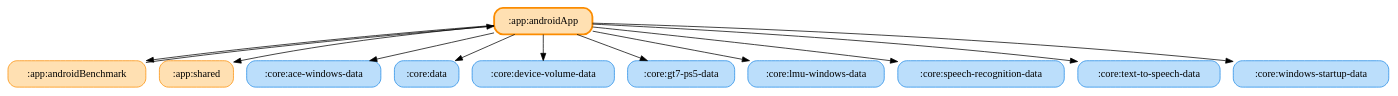
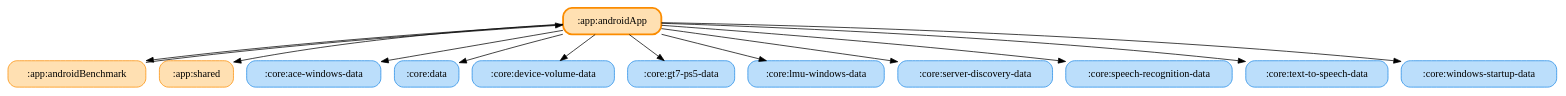
One commit to ai-kurou/KoDriver changed the diagram in docs/graphs/app-androidApp.gv. Above: the diagram before and after it, drawn with Graphviz. The commit also changed 9 other files, not shown here.

Commit message:
chore: update module graph images

```diff
--- a/docs/graphs/app-androidApp.gv
+++ b/docs/graphs/app-androidApp.gv
@@ -1,26 +1,28 @@
 digraph G {
   rankdir=TB
   node [shape=box, style="rounded,filled"]
   ":app:androidApp" [fillcolor="#FFE0B2", color="#FB8C00", penwidth=2.5]
   ":app:androidBenchmark" [fillcolor="#FFE0B2", color="#FB8C00", penwidth=1]
   ":app:shared" [fillcolor="#FFE0B2", color="#FB8C00", penwidth=1]
   ":core:ace-windows-data" [fillcolor="#BBDEFB", color="#1E88E5", penwidth=1]
   ":core:data" [fillcolor="#BBDEFB", color="#1E88E5", penwidth=1]
   ":core:device-volume-data" [fillcolor="#BBDEFB", color="#1E88E5", penwidth=1]
   ":core:gt7-ps5-data" [fillcolor="#BBDEFB", color="#1E88E5", penwidth=1]
   ":core:lmu-windows-data" [fillcolor="#BBDEFB", color="#1E88E5", penwidth=1]
+  ":core:server-discovery-data" [fillcolor="#BBDEFB", color="#1E88E5", penwidth=1]
   ":core:speech-recognition-data" [fillcolor="#BBDEFB", color="#1E88E5", penwidth=1]
   ":core:text-to-speech-data" [fillcolor="#BBDEFB", color="#1E88E5", penwidth=1]
   ":core:windows-startup-data" [fillcolor="#BBDEFB", color="#1E88E5", penwidth=1]
   ":app:androidApp" -> ":app:shared"
   ":app:androidApp" -> ":app:androidBenchmark"
   ":app:androidApp" -> ":core:data"
   ":app:androidApp" -> ":core:ace-windows-data"
   ":app:androidApp" -> ":core:gt7-ps5-data"
   ":app:androidApp" -> ":core:lmu-windows-data"
   ":app:androidApp" -> ":core:device-volume-data"
+  ":app:androidApp" -> ":core:server-discovery-data"
   ":app:androidApp" -> ":core:speech-recognition-data"
   ":app:androidApp" -> ":core:text-to-speech-data"
   ":app:androidApp" -> ":core:windows-startup-data"
   ":app:androidBenchmark" -> ":app:androidApp"
 }
```
